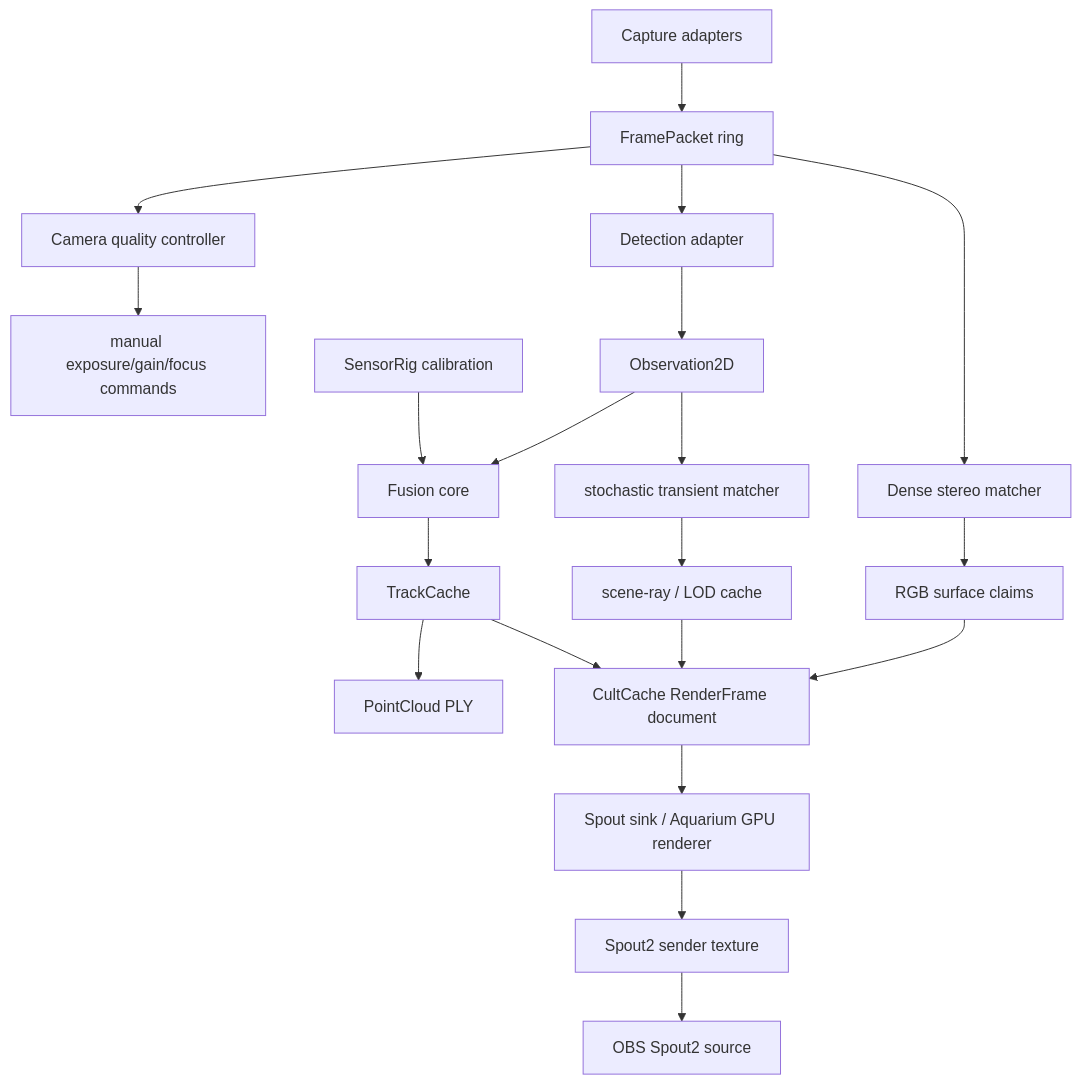
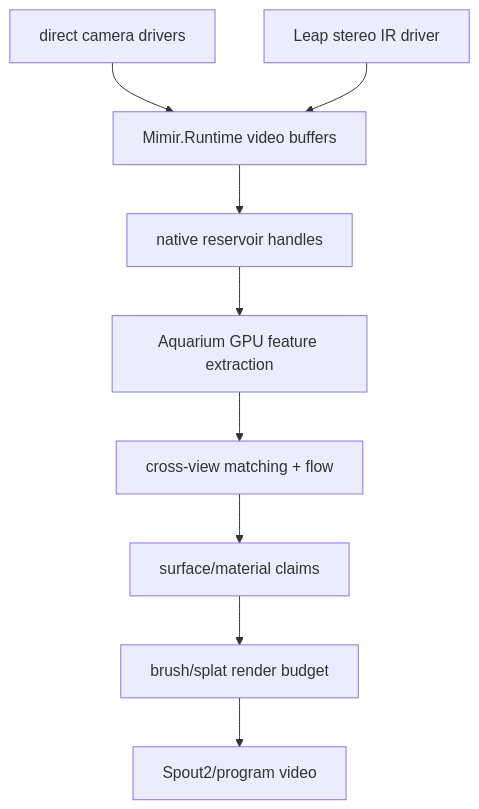
Before and after one commit to GameCult/Mimir: the diagram in docs/sensor-fusion-architecture.md, drawn with Mermaid. The commit also changed other lines of this file and 190 other files, not shown here.

````diff
--- a/docs/sensor-fusion-architecture.md
+++ b/docs/sensor-fusion-architecture.md
@@ -42,22 +7,11 @@
 ```mermaid
 flowchart TD
-    A["Capture adapters"] --> B["FramePacket ring"]
-    B --> C["Camera quality controller"]
-    C --> D["manual exposure/gain/focus commands"]
-    B --> E["Detection adapter"]
-    E --> F["Observation2D"]
-    B --> G["Dense stereo matcher"]
-    H["SensorRig calibration"] --> I["Fusion core"]
-    F --> I
-    I --> J["TrackCache"]
-    F --> Q["stochastic transient matcher"]
-    Q --> R["scene-ray / LOD cache"]
-    G --> K["RGB surface claims"]
-    J --> L["PointCloud PLY"]
-    J --> M["CultCache RenderFrame document"]
-    R --> M
-    K --> M
-    M --> N["Spout sink / Aquarium GPU renderer"]
-    N --> O["Spout2 sender texture"]
-    O --> P["OBS Spout2 source"]
+    A["direct camera drivers"] --> B["Mimir.Runtime video buffers"]
+    C["Leap stereo IR driver"] --> B
+    B --> D["native reservoir handles"]
+    D --> E["Aquarium GPU feature extraction"]
+    E --> F["cross-view matching + flow"]
+    F --> G["surface/material claims"]
+    G --> H["brush/splat render budget"]
+    H --> I["Spout2/program video"]
 ```
````
